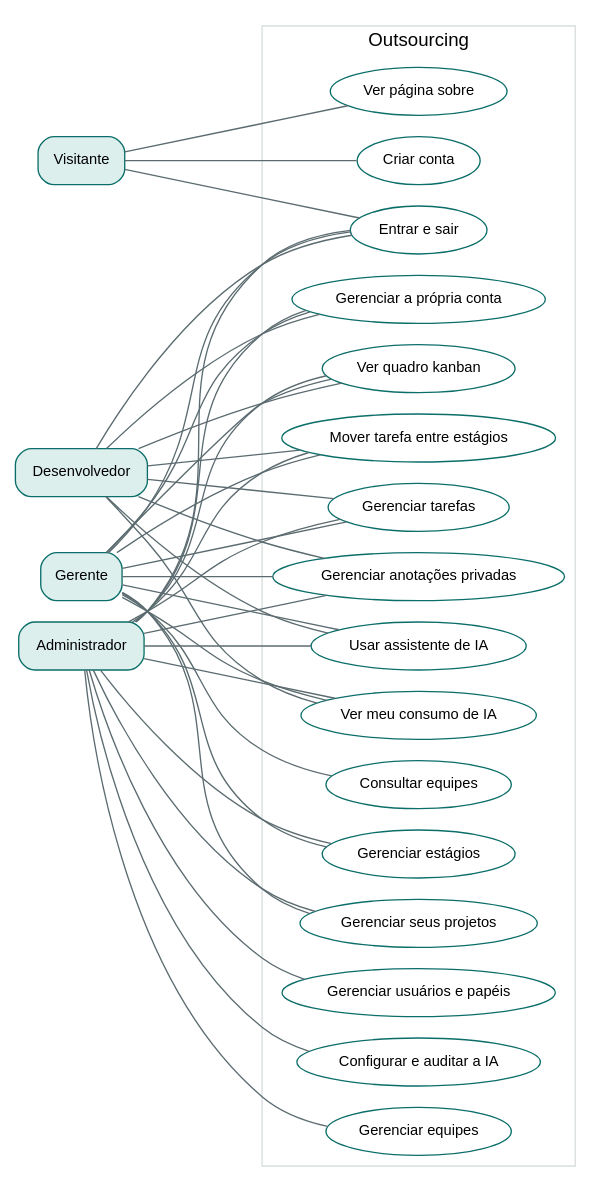
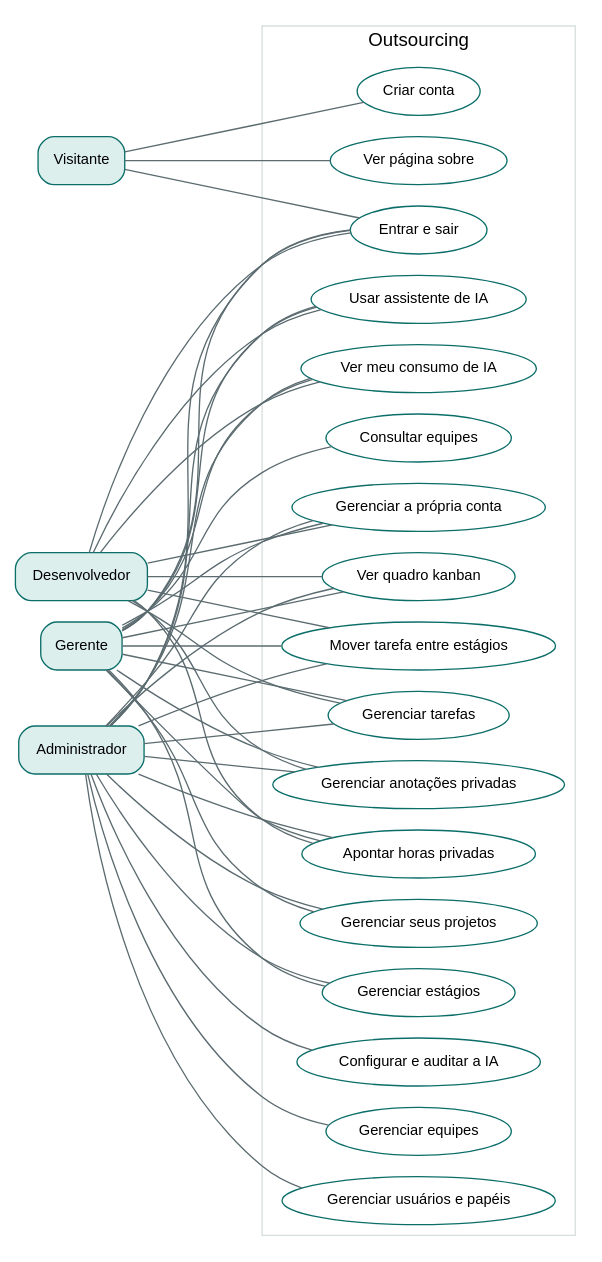
One commit to NAES-2026-Django-Project/outsourcing-django changed the diagram in docs/design/casos-de-uso.dot. Above: the diagram before and after it, drawn with Graphviz. The commit also changed 4 other files, not shown here.

Commit message:
feat(pages): atualizar diagramas com apontamento de horas

```diff
--- a/docs/design/casos-de-uso.dot
+++ b/docs/design/casos-de-uso.dot
@@ -1,42 +1,43 @@
 // Gerar a imagem: dot -Tpng -Gdpi=110 docs/design/casos-de-uso.dot -o static/img/diagrama-casos-de-uso.png
 digraph casos_de_uso {
   rankdir=LR;
   nodesep=0.22;
   ranksep=1.3;
   node [fontname="Helvetica", fontsize=11];
   edge [arrowhead=none, color="#5b6b70"];
 
   node [shape=box, style="rounded,filled", fillcolor="#dcefed", color="#0b6e69"];
   visitante [label="Visitante"];
   dev [label="Desenvolvedor"];
   gerente [label="Gerente"];
   admin [label="Administrador"];
 
   subgraph cluster_sistema {
     label="Outsourcing";
     fontname="Helvetica";
     color="#d7dfdd";
     node [shape=ellipse, style=filled, fillcolor="#ffffff", color="#0b6e69"];
     sobre [label="Ver página sobre"];
     cadastro [label="Criar conta"];
     login [label="Entrar e sair"];
     conta [label="Gerenciar a própria conta"];
     quadro [label="Ver quadro kanban"];
     mover [label="Mover tarefa entre estágios"];
     tarefas [label="Gerenciar tarefas"];
     notas [label="Gerenciar anotações privadas"];
+    horas [label="Apontar horas privadas"];
     assistente [label="Usar assistente de IA"];
     consumo [label="Ver meu consumo de IA"];
     projetos [label="Gerenciar seus projetos"];
     estagios [label="Gerenciar estágios"];
     verequipes [label="Consultar equipes"];
     equipes [label="Gerenciar equipes"];
     usuarios [label="Gerenciar usuários e papéis"];
     configia [label="Configurar e auditar a IA"];
   }
 
   visitante -> {sobre cadastro login};
-  dev -> {login conta quadro mover tarefas notas assistente consumo};
-  gerente -> {login conta quadro mover tarefas notas assistente consumo projetos estagios verequipes};
-  admin -> {login conta quadro mover tarefas notas assistente consumo projetos estagios equipes usuarios configia};
+  dev -> {login conta quadro mover tarefas notas horas assistente consumo};
+  gerente -> {login conta quadro mover tarefas notas horas assistente consumo projetos estagios verequipes};
+  admin -> {login conta quadro mover tarefas notas horas assistente consumo projetos estagios equipes usuarios configia};
 }
```
